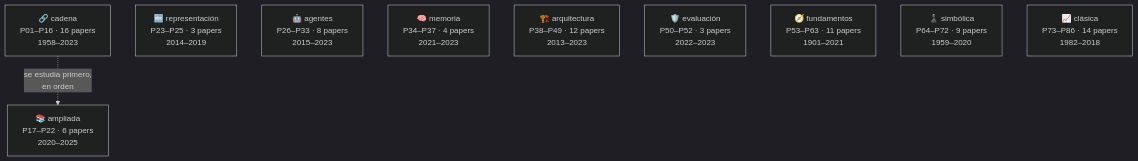
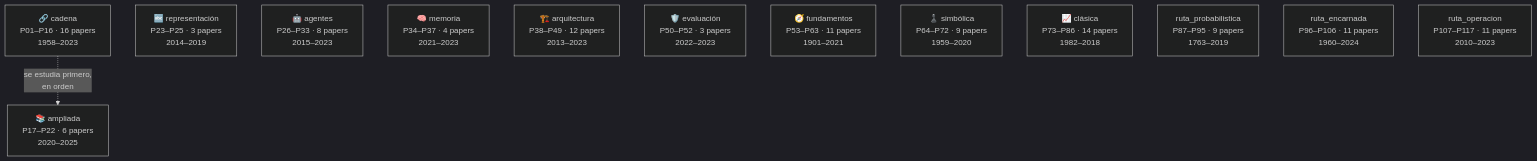
One commit to vladimiracunadev-create/artificial-intelligence-evolution-program changed the first of 2 diagrams in papers/README.md. Above: the diagram before and after it, drawn with Mermaid (dark theme). The commit also changed other lines of this file and 347 other files, not shown here.

````diff
--- a/papers/README.md
+++ b/papers/README.md
@@ -59,14 +59,17 @@
 ```mermaid
 flowchart TD
     R1["🔗 cadena<br/>P01–P16 · 16 papers<br/>1958–2023"]
     R2["📚 ampliada<br/>P17–P22 · 6 papers<br/>2020–2025"]
     R3["🔤 representación<br/>P23–P25 · 3 papers<br/>2014–2019"]
     R4["🤖 agentes<br/>P26–P33 · 8 papers<br/>2015–2023"]
     R5["🧠 memoria<br/>P34–P37 · 4 papers<br/>2021–2023"]
     R6["🏗️ arquitectura<br/>P38–P49 · 12 papers<br/>2013–2023"]
     R7["🛡️ evaluación<br/>P50–P52 · 3 papers<br/>2022–2023"]
     R8["🧭 fundamentos<br/>P53–P63 · 11 papers<br/>1901–2021"]
     R9["♟️ simbólica<br/>P64–P72 · 9 papers<br/>1959–2020"]
     R10["📈 clásica<br/>P73–P86 · 14 papers<br/>1982–2018"]
+    R11["ruta_probabilistica<br/>P87–P95 · 9 papers<br/>1763–2019"]
+    R12["ruta_encarnada<br/>P96–P106 · 11 papers<br/>1960–2024"]
+    R13["ruta_operacion<br/>P107–P117 · 11 papers<br/>2010–2023"]
     R1 -.->|"se estudia primero,<br/>en orden"| R2
 ```
````
